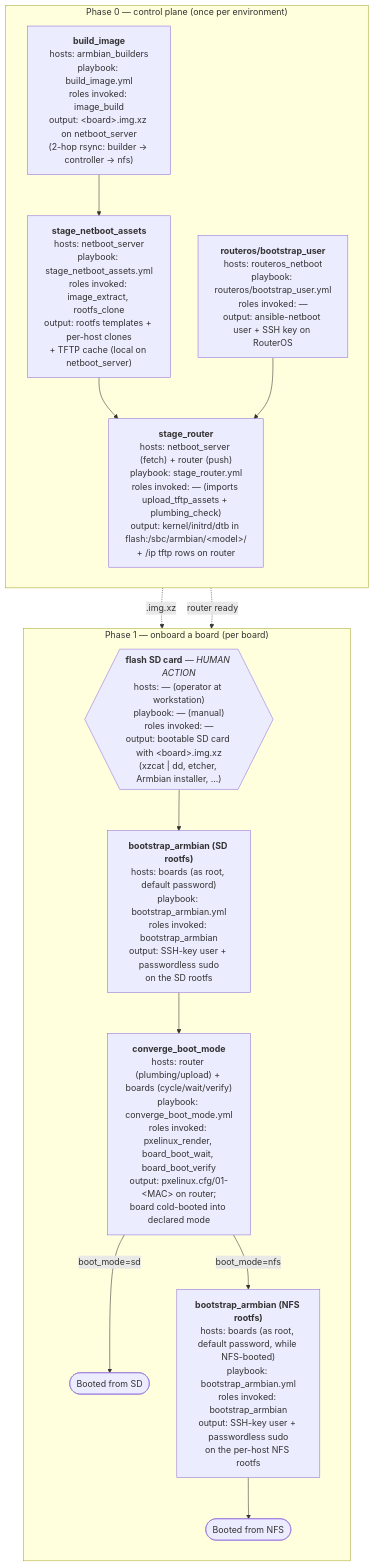
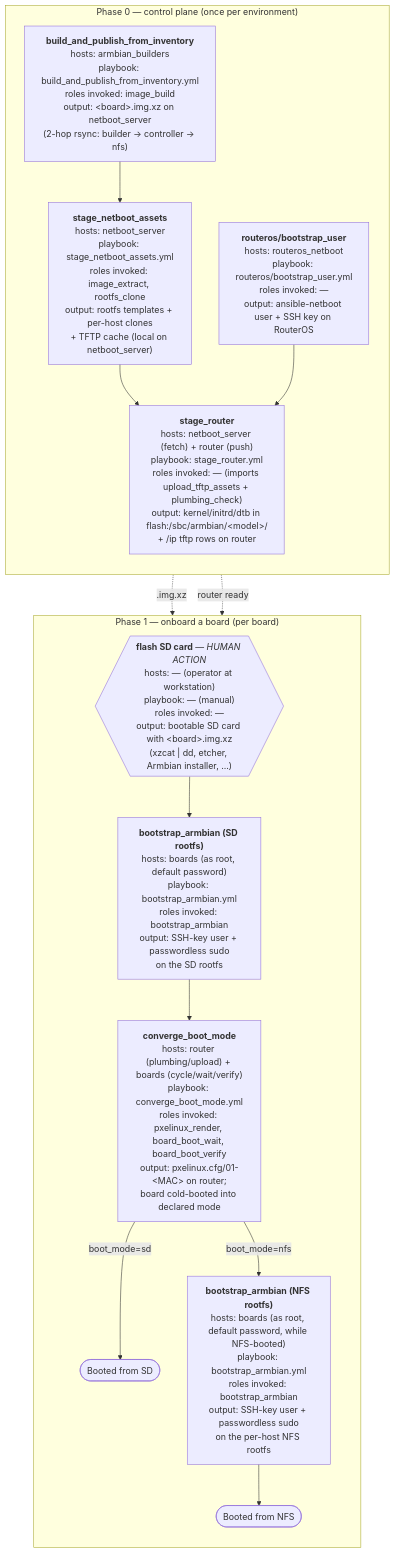
Before and after one commit to david-igou/ansible-collection-armbian: the diagram in docs/lifecycle.md, drawn with Mermaid. The commit also changed other lines of this file and 23 other files, not shown here.

First line of the commit message:
refactor(build): inventory-driven userpatches, rename playbook, drop … (#108)

````diff
--- a/docs/lifecycle.md
+++ b/docs/lifecycle.md
@@ -30,29 +30,29 @@
 ```mermaid
 flowchart TB
     subgraph P0["Phase 0 — control plane (once per environment)"]
         direction TB
-        BI["<b>build_image</b><br/>hosts: armbian_builders<br/>playbook: build_image.yml<br/>roles invoked: image_build<br/>output: &lt;board&gt;.img.xz on netboot_server<br/>(2-hop rsync: builder → controller → nfs)"]
+        BI["<b>build_and_publish_from_inventory</b><br/>hosts: armbian_builders<br/>playbook: build_and_publish_from_inventory.yml<br/>roles invoked: image_build<br/>output: &lt;board&gt;.img.xz on netboot_server<br/>(2-hop rsync: builder → controller → nfs)"]
         BU["<b>routeros/bootstrap_user</b><br/>hosts: routeros_netboot<br/>playbook: routeros/bootstrap_user.yml<br/>roles invoked: —<br/>output: ansible-netboot user + SSH key on RouterOS"]
         SN0["<b>stage_netboot_assets</b><br/>hosts: netboot_server<br/>playbook: stage_netboot_assets.yml<br/>roles invoked: image_extract, rootfs_clone<br/>output: rootfs templates + per-host clones<br/>+ TFTP cache (local on netboot_server)"]
         SR0["<b>stage_router</b><br/>hosts: netboot_server (fetch) + router (push)<br/>playbook: stage_router.yml<br/>roles invoked: — (imports upload_tftp_assets + plumbing_check)<br/>output: kernel/initrd/dtb in flash:/sbc/armbian/&lt;model&gt;/<br/>+ /ip tftp rows on router"]
         BI --> SN0
         SN0 --> SR0
         BU --> SR0
     end
 
     subgraph P1["Phase 1 — onboard a board (per board)"]
         direction TB
         FL{{"<b>flash SD card</b> — <i>HUMAN ACTION</i><br/>hosts: — (operator at workstation)<br/>playbook: — (manual)<br/>roles invoked: —<br/>output: bootable SD card with &lt;board&gt;.img.xz<br/>(xzcat | dd, etcher, Armbian installer, ...)"}}
         BA_SD["<b>bootstrap_armbian (SD rootfs)</b><br/>hosts: boards (as root, default password)<br/>playbook: bootstrap_armbian.yml<br/>roles invoked: bootstrap_armbian<br/>output: SSH-key user + passwordless sudo<br/>on the SD rootfs"]
         CB1["<b>converge_boot_mode</b><br/>hosts: router (plumbing/upload) + boards (cycle/wait/verify)<br/>playbook: converge_boot_mode.yml<br/>roles invoked: pxelinux_render, board_boot_wait, board_boot_verify<br/>output: pxelinux.cfg/01-&lt;MAC&gt; on router;<br/>board cold-booted into declared mode"]
         BA_NFS["<b>bootstrap_armbian (NFS rootfs)</b><br/>hosts: boards (as root, default password, while NFS-booted)<br/>playbook: bootstrap_armbian.yml<br/>roles invoked: bootstrap_armbian<br/>output: SSH-key user + passwordless sudo<br/>on the per-host NFS rootfs"]
         OUT_SD(["Booted from SD"])
         OUT_NFS(["Booted from NFS"])
         FL --> BA_SD --> CB1
         CB1 -- "boot_mode=sd" --> OUT_SD
         CB1 -- "boot_mode=nfs" --> BA_NFS --> OUT_NFS
     end
 
     BI -.->|".img.xz"| FL
     SR0 -.->|"router ready"| CB1
 ```
````
